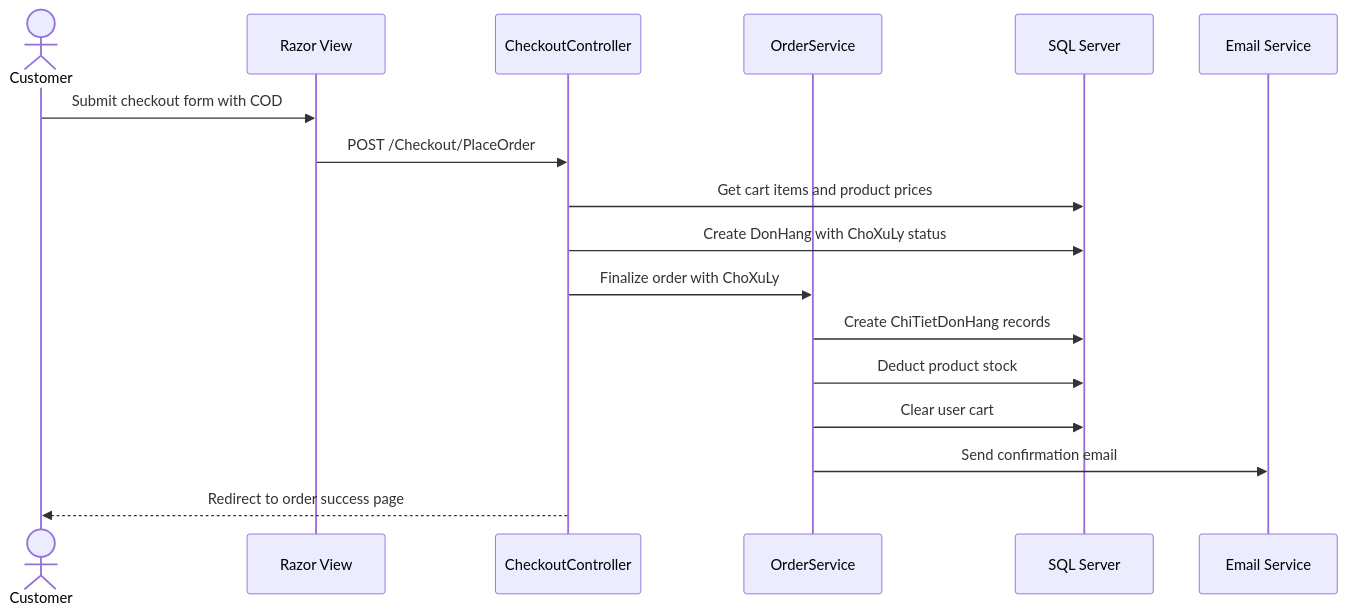
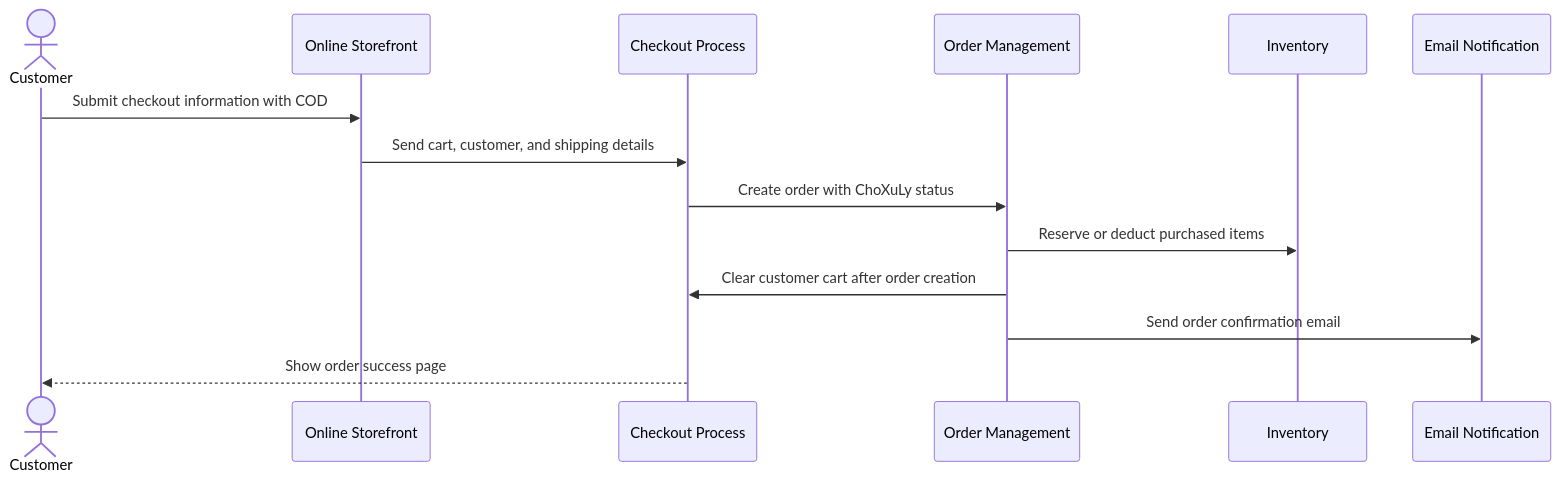
One commit to ngxuanvan/ReSip-Multi-Payment-E-Commerce changed the third of 7 diagrams in README.md. Above: the diagram before and after it, drawn with Mermaid. The commit also changed other lines of this file, not shown here.

Commit message:
docs: refine README diagrams for BA perspective

````diff
--- a/README.md
+++ b/README.md
@@ -112,20 +114,17 @@
 ```mermaid
 sequenceDiagram
     actor Customer
-    participant View as Razor View
-    participant Checkout as CheckoutController
-    participant OrderSvc as OrderService
-    participant DB as SQL Server
-    participant Email as Email Service
+    participant Storefront as Online Storefront
+    participant Checkout as Checkout Process
+    participant Order as Order Management
+    participant Inventory as Inventory
+    participant Notification as Email Notification
 
-    Customer->>View: Submit checkout form with COD
-    View->>Checkout: POST /Checkout/PlaceOrder
-    Checkout->>DB: Get cart items and product prices
-    Checkout->>DB: Create DonHang with ChoXuLy status
-    Checkout->>OrderSvc: Finalize order with ChoXuLy
-    OrderSvc->>DB: Create ChiTietDonHang records
-    OrderSvc->>DB: Deduct product stock
-    OrderSvc->>DB: Clear user cart
-    OrderSvc->>Email: Send confirmation email
-    Checkout-->>Customer: Redirect to order success page
+    Customer->>Storefront: Submit checkout information with COD
+    Storefront->>Checkout: Send cart, customer, and shipping details
+    Checkout->>Order: Create order with ChoXuLy status
+    Order->>Inventory: Reserve or deduct purchased items
+    Order->>Checkout: Clear customer cart after order creation
+    Order->>Notification: Send order confirmation email
+    Checkout-->>Customer: Show order success page
 ```
````
